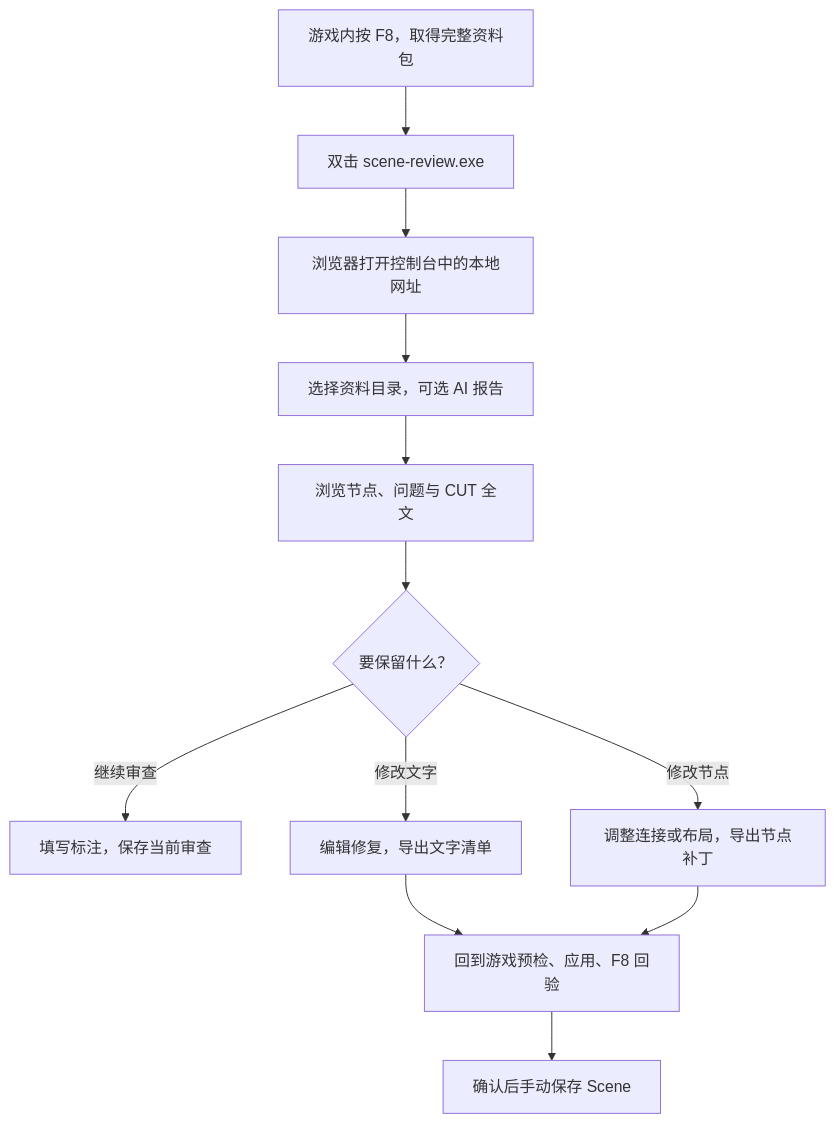
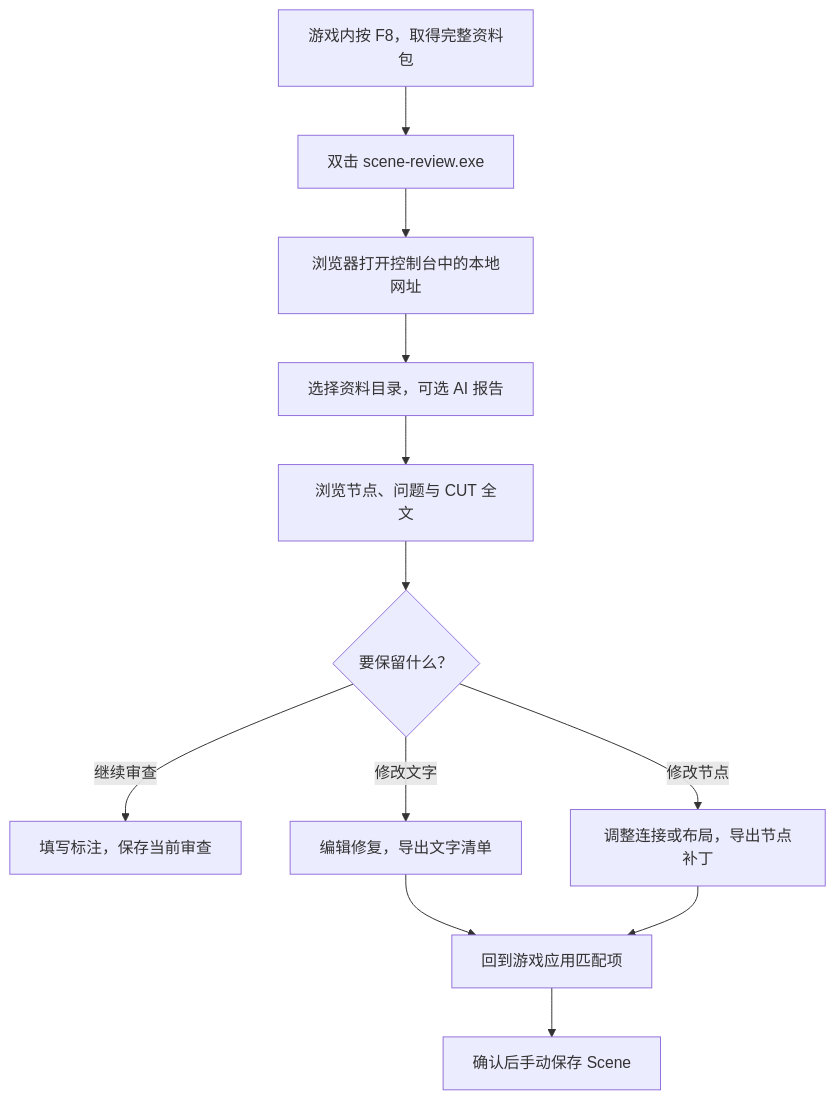
Before and after one commit to invatespec/EmotionCreators-plugins: the first of 2 diagrams in EC_SceneAudit/review-browser/Readme-gpt-6.1-sol.md, drawn with Mermaid. The commit also changed other lines of this file and 45 other files, not shown here.

````diff
--- a/EC_SceneAudit/review-browser/Readme-gpt-6.1-sol.md
+++ b/EC_SceneAudit/review-browser/Readme-gpt-6.1-sol.md
@@ -21,14 +21,14 @@
 ```mermaid
 flowchart TD
     A[游戏内按 F8，取得完整资料包] --> B[双击 scene-review.exe]
     B --> C[浏览器打开控制台中的本地网址]
     C --> D[选择资料目录，可选 AI 报告]
     D --> E[浏览节点、问题与 CUT 全文]
     E --> F{要保留什么？}
     F -->|继续审查| G[填写标注，保存当前审查]
     F -->|修改文字| H[编辑修复，导出文字清单]
     F -->|修改节点| I[调整连接或布局，导出节点补丁]
-    H --> J[回到游戏预检、应用、F8 回验]
+    H --> J[回到游戏应用匹配项]
     I --> J
     J --> K[确认后手动保存 Scene]
 ```
````
